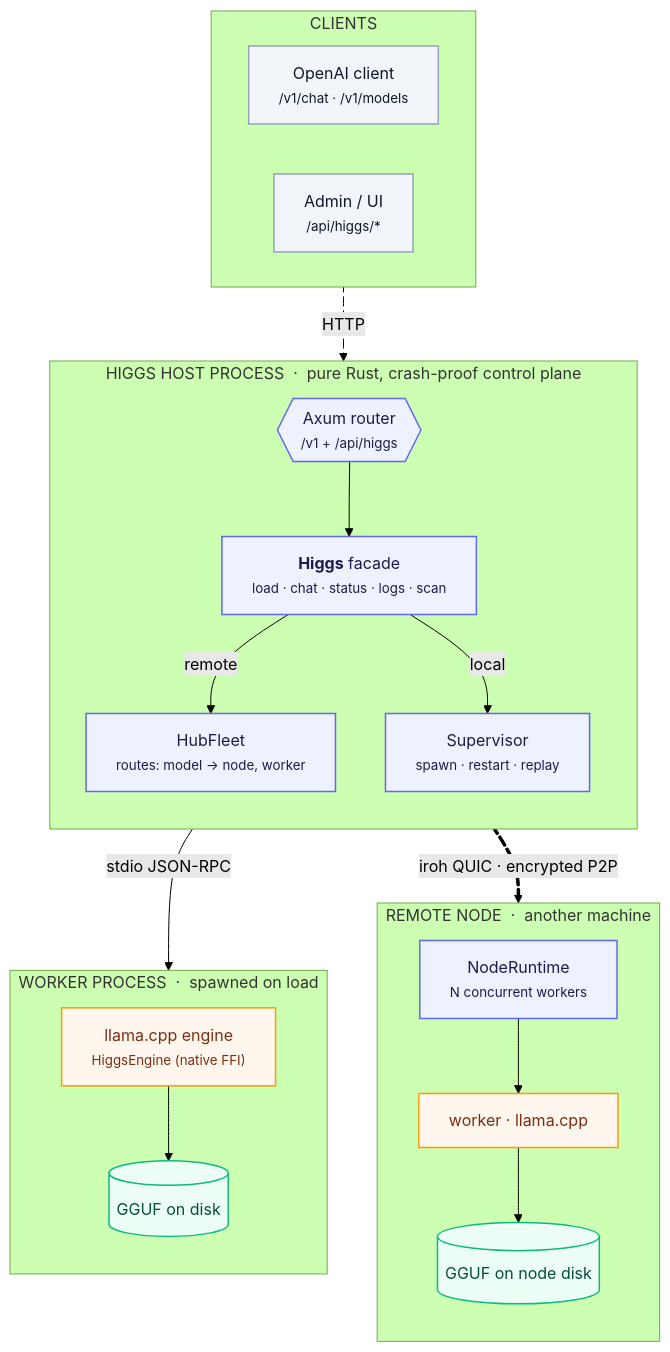
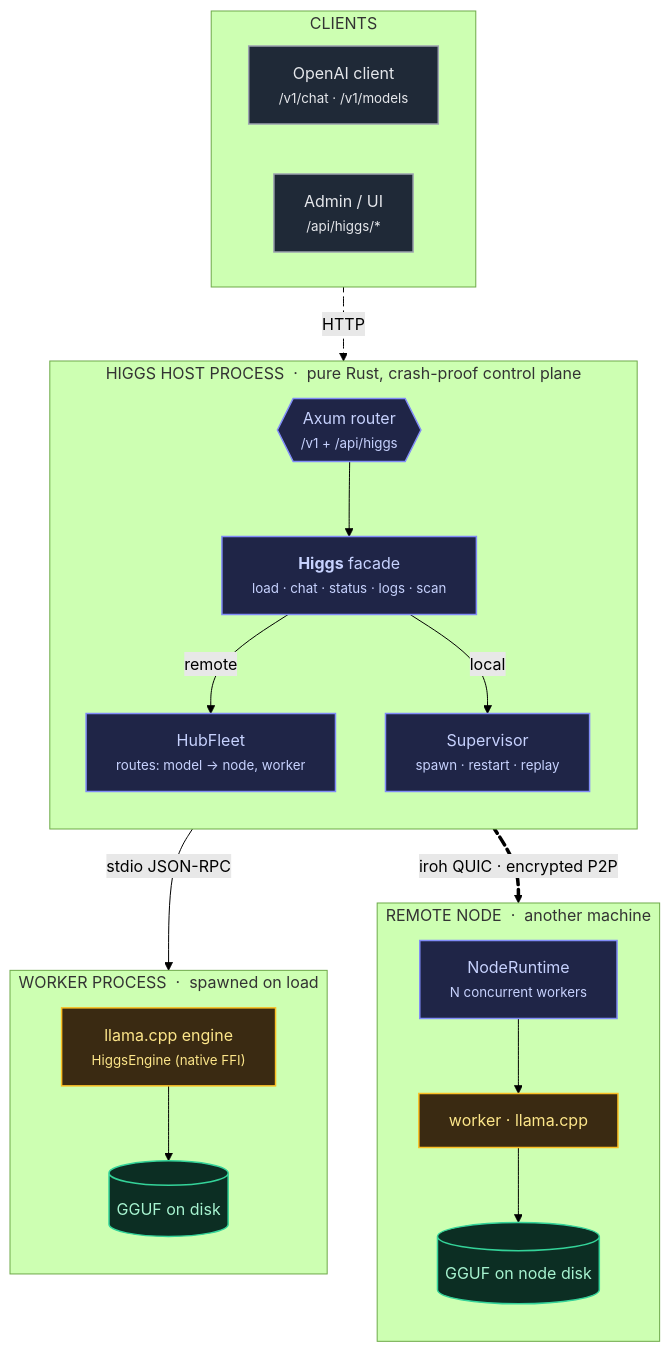
The diagram in astrodocs/src/content/docs/overview.md (AI-Experiri/higgs), drawn with Mermaid (forest theme) before and after one commit. The commit also changed 3 other files, not shown here.

First line of the commit message:
docs(astrodocs): dark diagram palette + real Mermaid block diagrams

````diff
--- a/astrodocs/src/content/docs/overview.md
+++ b/astrodocs/src/content/docs/overview.md
@@ -12,48 +12,48 @@
 ```mermaid
 flowchart TB
   subgraph clients["&nbsp;CLIENTS&nbsp;"]
     direction LR
     oai["OpenAI client<br/><small>/v1/chat · /v1/models</small>"]
     ui["Admin / UI<br/><small>/api/higgs/*</small>"]
   end
 
   subgraph host["&nbsp;HIGGS HOST PROCESS &nbsp;·&nbsp; pure Rust, crash-proof control plane&nbsp;"]
     direction TB
     router{{"Axum router<br/><small>/v1 + /api/higgs</small>"}}
     facade["<b>Higgs</b> facade<br/><small>load · chat · status · logs · scan</small>"]
     router --> facade
     facade -->|remote| fleet["HubFleet<br/><small>routes: model → node, worker</small>"]
     facade -->|local| sup["Supervisor<br/><small>spawn · restart · replay</small>"]
   end
 
   subgraph remote["&nbsp;REMOTE NODE &nbsp;·&nbsp; another machine&nbsp;"]
     direction TB
     nrt["NodeRuntime<br/><small>N concurrent workers</small>"]
     rworker["worker · llama.cpp"]
     rgguf[("GGUF on node disk")]
     nrt --> rworker --> rgguf
   end
 
   subgraph wproc["&nbsp;WORKER PROCESS &nbsp;·&nbsp; spawned on load&nbsp;"]
     direction TB
     worker["llama.cpp engine<br/><small>HiggsEngine (native FFI)</small>"]
     gguf[("GGUF on disk")]
     worker --> gguf
   end
 
   clients e1@-->|HTTP| router
   fleet e2@==>|"iroh QUIC · encrypted P2P"| nrt
   sup e3@-->|"stdio JSON-RPC"| worker
 
   e1@{ animate: true }
   e2@{ animate: true }
 
-  classDef pure fill:#eef2ff,stroke:#6366f1,stroke-width:1.5px,color:#1e1b4b;
-  classDef native fill:#fff7ed,stroke:#f59e0b,stroke-width:1.5px,color:#7c2d12;
-  classDef store fill:#ecfdf5,stroke:#10b981,stroke-width:1.5px,color:#064e3b;
-  classDef client fill:#f1f5f9,stroke:#94a3b8,stroke-width:1.5px,color:#0f172a;
+  classDef pure fill:#1f2547,stroke:#818cf8,stroke-width:1.5px,color:#c7d2fe;
+  classDef native fill:#3a2a12,stroke:#fbbf24,stroke-width:1.5px,color:#fde68a;
+  classDef store fill:#0c2e23,stroke:#34d399,stroke-width:1.5px,color:#a7f3d0;
+  classDef client fill:#1f2937,stroke:#9ca3af,stroke-width:1.5px,color:#e5e7eb;
   class oai,ui client;
   class router,facade,sup,fleet,nrt pure;
   class worker,rworker native;
   class gguf,rgguf store;
 ```
````
